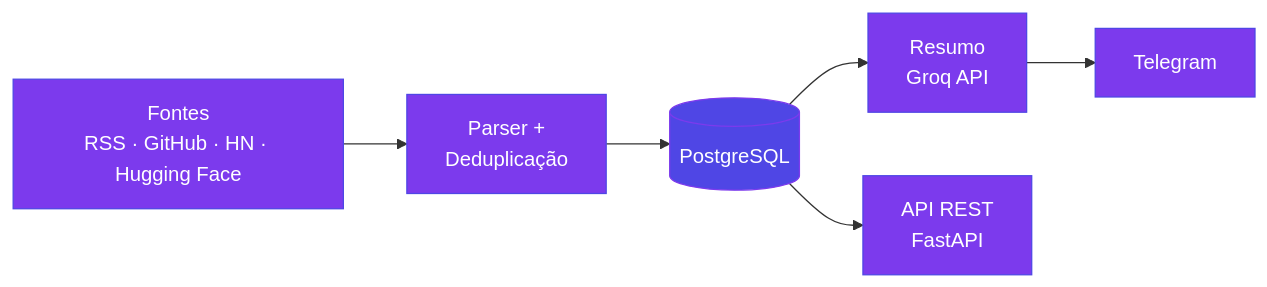
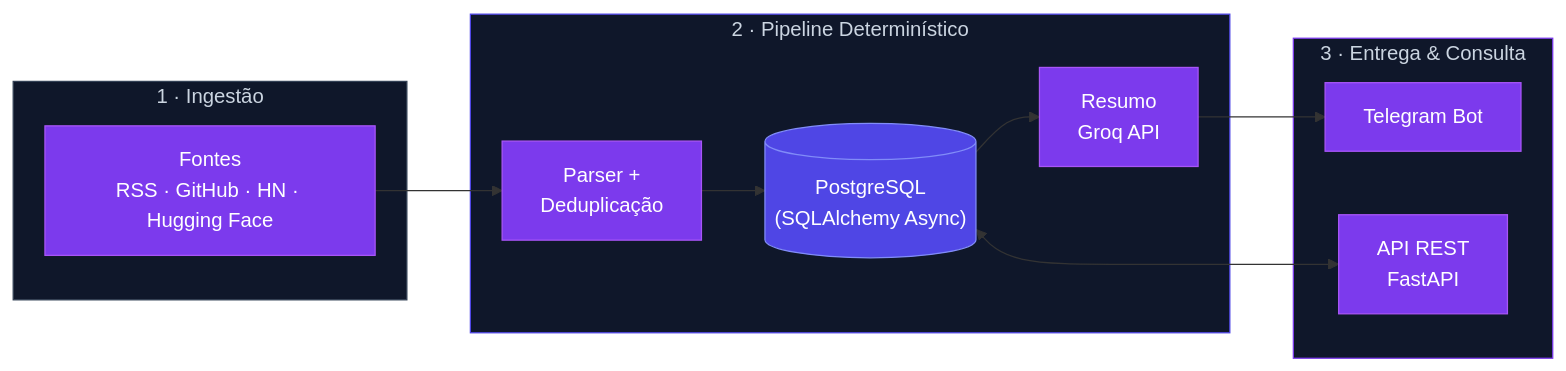
Before and after one commit to rafaelmaia-dev/rafaelmaia-dev: the second of 3 diagrams in README.md, drawn with Mermaid. The commit also changed other lines of this file, not shown here.

````diff
--- a/README.md
+++ b/README.md
@@ -68,12 +94,27 @@
 ```mermaid
 flowchart LR
-    A["Fontes<br/>RSS · GitHub · HN · Hugging Face"] --> B["Parser +<br/>Deduplicação"]
-    B --> C[("PostgreSQL")]
-    C --> D["Resumo<br/>Groq API"]
-    D --> E["Telegram"]
-    C --> F["API REST<br/>FastAPI"]
-    classDef p fill:#7C3AED,stroke:#4F46E5,color:#fff
-    classDef db fill:#4F46E5,stroke:#7C3AED,color:#fff
-    class A,B,D,E,F p
+    subgraph IN["1 · Ingestão"]
+        A["Fontes<br/>RSS · GitHub · HN · Hugging Face"]
+    end
+    subgraph CORE["2 · Pipeline Determinístico"]
+        B["Parser +<br/>Deduplicação"]
+        C[("PostgreSQL<br/>(SQLAlchemy Async)")]
+        D["Resumo<br/>Groq API"]
+    end
+    subgraph OUT["3 · Entrega & Consulta"]
+        E["Telegram Bot"]
+        F["API REST<br/>FastAPI"]
+    end
+
+    A --> B --> C
+    C --> D --> E
+    C <--> F
+
+    classDef node fill:#7C3AED,stroke:#A855F7,color:#fff
+    classDef db fill:#4F46E5,stroke:#818CF8,color:#fff
+    class A,B,D,E,F node
     class C db
+    style IN fill:#0F172A,stroke:#334155,color:#CBD5E1
+    style CORE fill:#0F172A,stroke:#4F46E5,color:#CBD5E1
+    style OUT fill:#0F172A,stroke:#7C3AED,color:#CBD5E1
 ```
````
